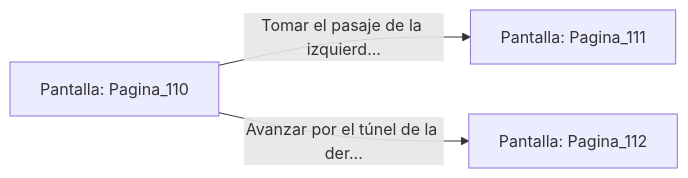
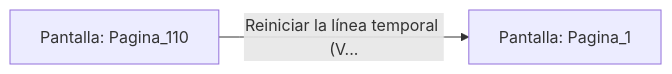
The diagram in sample/eligejuego-vault/Pantalla_Pagina_110.md (metsuke/mpl), drawn with Mermaid before and after one commit. The commit also changed other lines of this file and 635 other files, not shown here.

First line of the commit message:
fix: añadir Pagina_1 como pantalla inicial en capitulo_01.mpl

````diff
--- a/sample/eligejuego-vault/Pantalla_Pagina_110.md
+++ b/sample/eligejuego-vault/Pantalla_Pagina_110.md
@@ -20,6 +17,5 @@
 ```mermaid
 graph LR
     P_Pagina_110["Pantalla: Pagina_110"]
-    P_Pagina_110 -->|"Tomar el pasaje de la izquierd..."| P_Pagina_111["Pantalla: Pagina_111"]
-    P_Pagina_110 -->|"Avanzar por el túnel de la der..."| P_Pagina_112["Pantalla: Pagina_112"]
+    P_Pagina_110 -->|"Reiniciar la línea temporal (V..."| P_Pagina_1["Pantalla: Pagina_1"]
 ```
````
